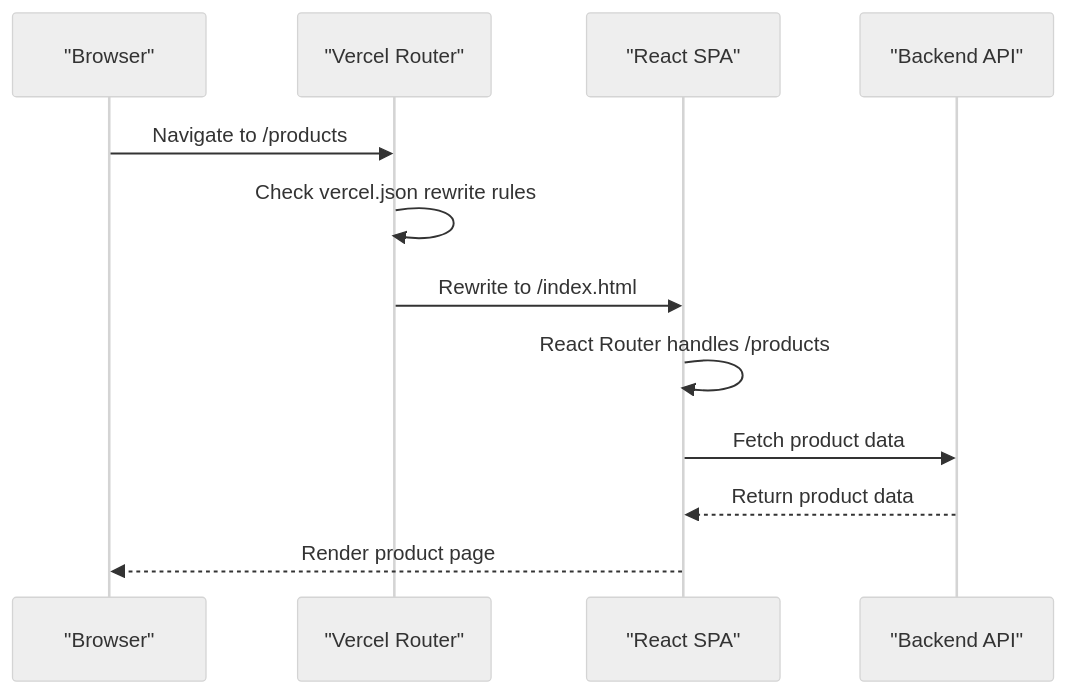
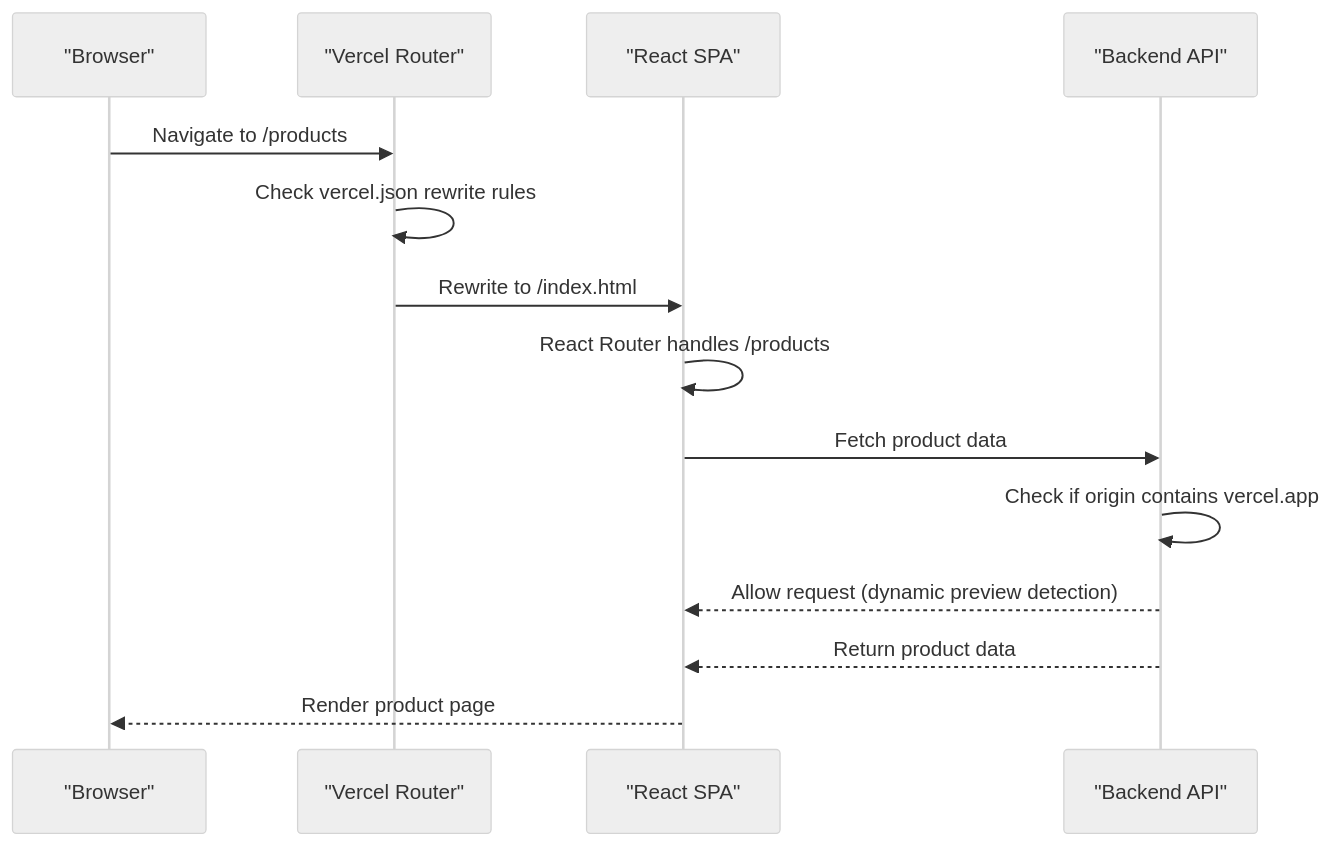
One commit to Pavan-PSPK9032/TrendsandToss changed the fifth of 5 diagrams in .qoder/repowiki/en/content/Deployment & Configuration/Deployment & Configuration.md. Above: the diagram before and after it, drawn with Mermaid (neutral theme). The commit also changed other lines of this file and 16 other files, not shown here.

````diff
--- a/.qoder/repowiki/en/content/Deployment & Configuration/Deployment & Configuration.md
+++ b/.qoder/repowiki/en/content/Deployment & Configuration/Deployment & Configuration.md
@@ -332,14 +346,16 @@
 ```mermaid
 sequenceDiagram
 participant Browser as "Browser"
 participant Vercel as "Vercel Router"
 participant SPA as "React SPA"
 participant API as "Backend API"
 Browser->>Vercel : Navigate to /products
 Vercel->>Vercel : Check vercel.json rewrite rules
 Vercel->>SPA : Rewrite to /index.html
 SPA->>SPA : React Router handles /products
 SPA->>API : Fetch product data
+API->>API : Check if origin contains vercel.app
+API-->>SPA : Allow request (dynamic preview detection)
 API-->>SPA : Return product data
 SPA-->>Browser : Render product page
 ```
````
